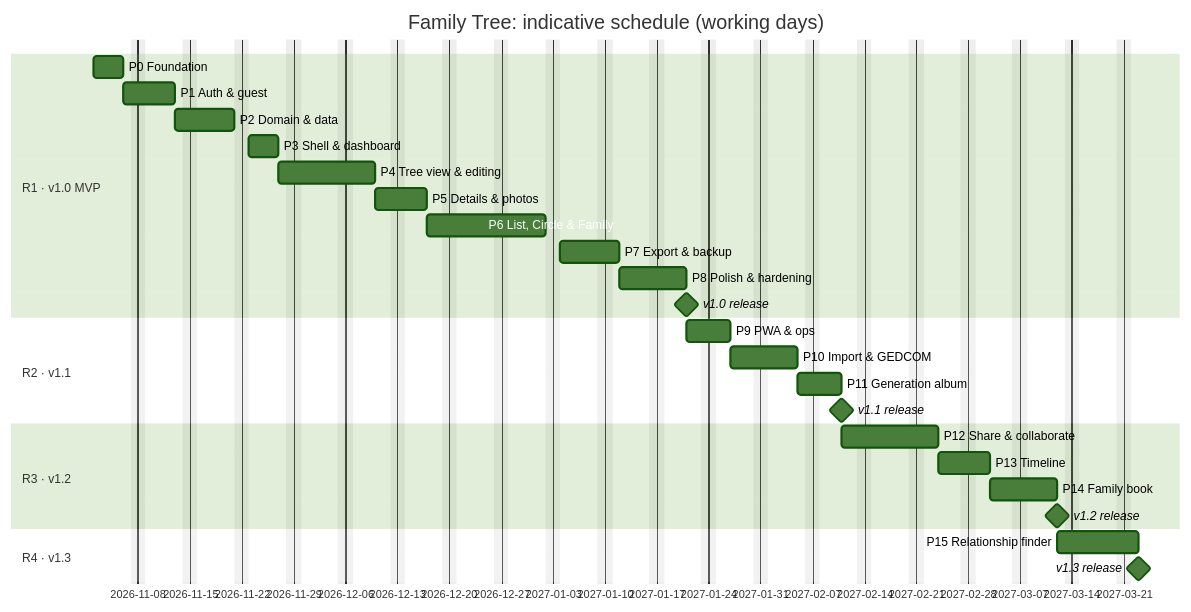
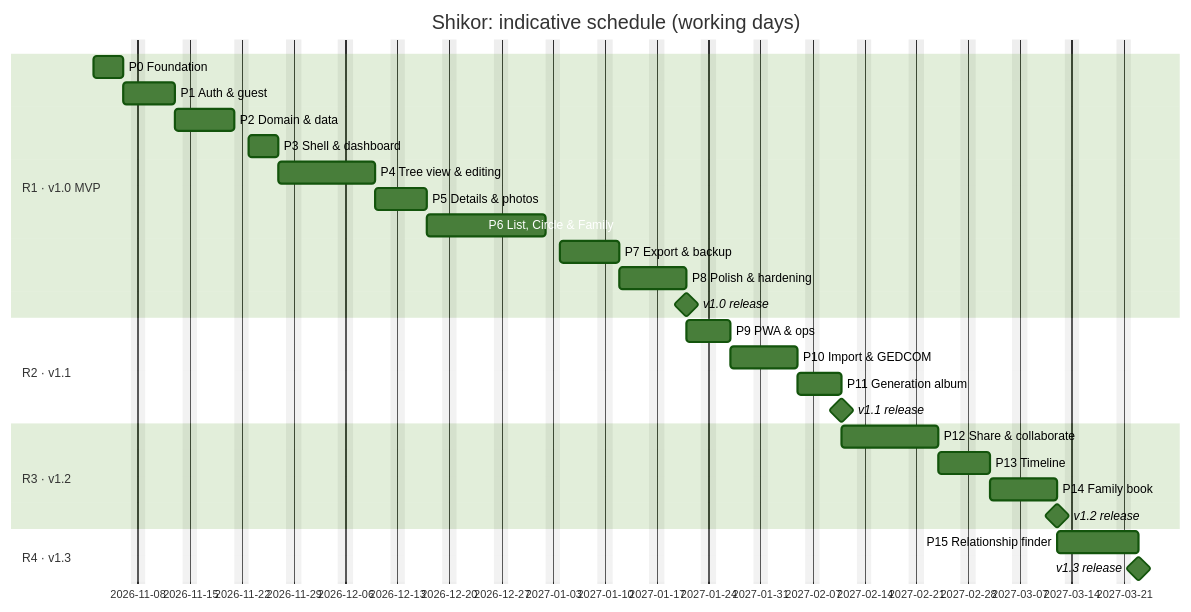
Before and after one commit to redwanhasan980/Family-Tree: the diagram in docs/IMPLEMENTATION_PLAN.md, drawn with Mermaid (forest theme). The commit also changed other lines of this file and 6 other files, not shown here.

````diff
--- a/docs/IMPLEMENTATION_PLAN.md
+++ b/docs/IMPLEMENTATION_PLAN.md
@@ -72,30 +72,30 @@
 ```mermaid
 gantt
-    title Family Tree: indicative schedule (working days)
+    title Shikor: indicative schedule (working days)
     dateFormat  YYYY-MM-DD
     excludes    weekends
     section R1 · v1.0 MVP
     P0 Foundation            :p0, 2026-11-02, 4d
     P1 Auth & guest          :p1, after p0, 5d
     P2 Domain & data         :p2, after p1, 6d
     P3 Shell & dashboard     :p3, after p2, 4d
     P4 Tree view & editing   :p4, after p3, 9d
     P5 Details & photos      :p5, after p4, 5d
     P6 List, Circle & Family :p6, after p5, 12d
     P7 Export & backup       :p7, after p6, 6d
     P8 Polish & hardening    :p8, after p7, 7d
     v1.0 release             :milestone, m1, after p8, 0d
     section R2 · v1.1
     P9 PWA & ops             :p9, after p8, 4d
     P10 Import & GEDCOM      :p10, after p9, 7d
     P11 Generation album     :p11, after p10, 4d
     v1.1 release             :milestone, m2, after p11, 0d
     section R3 · v1.2
     P12 Share & collaborate  :p12, after p11, 9d
     P13 Timeline             :p13, after p12, 5d
     P14 Family book          :p14, after p13, 7d
     v1.2 release             :milestone, m3, after p14, 0d
     section R4 · v1.3
     P15 Relationship finder  :p15, after p14, 7d
     v1.3 release             :milestone, m4, after p15, 0d
 ```
````
